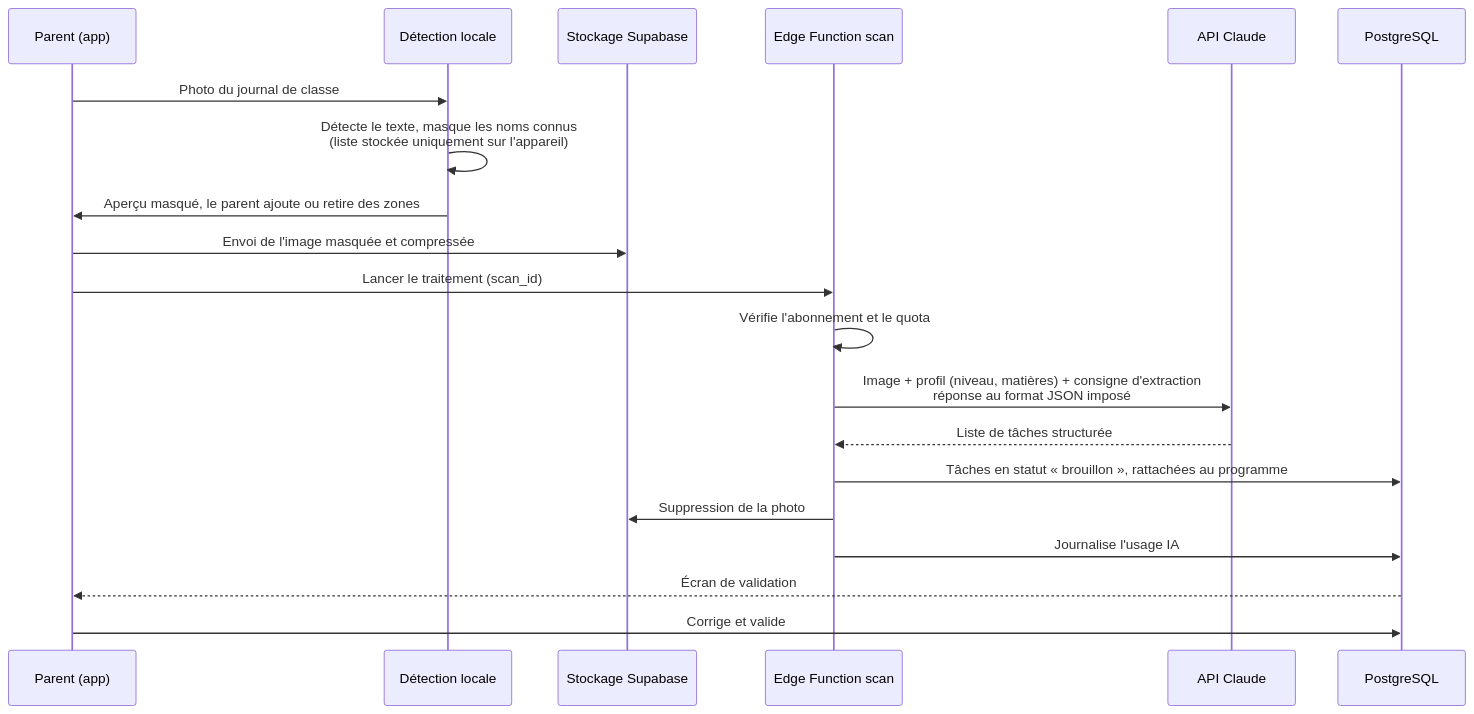
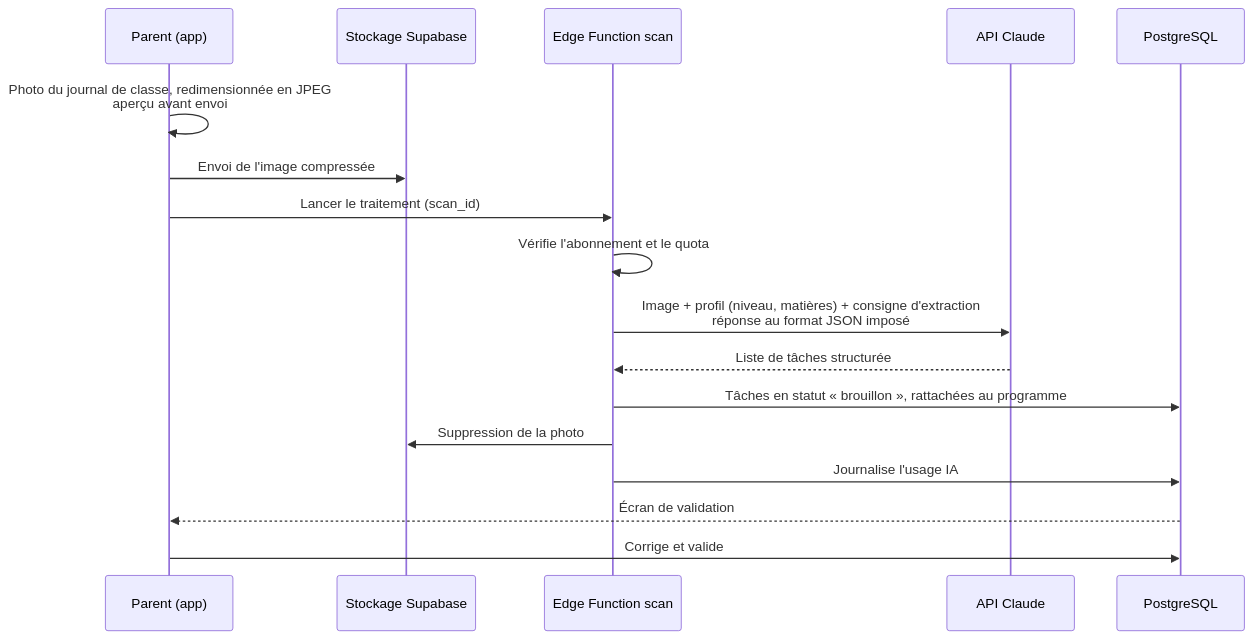
Before and after one commit to ClaudioD84/C-te-C-te: the third of 3 diagrams in docs/architecture.md, drawn with Mermaid. The commit also changed other lines of this file and 35 other files, not shown here.

````diff
--- a/docs/architecture.md
+++ b/docs/architecture.md
@@ -135,23 +134,20 @@
 ```mermaid
 sequenceDiagram
     participant P as Parent (app)
-    participant L as Détection locale
     participant S as Stockage Supabase
     participant F as Edge Function scan
     participant C as API Claude
     participant DB as PostgreSQL
 
-    P->>L: Photo du journal de classe
-    L->>L: Détecte le texte, masque les noms connus<br/>(liste stockée uniquement sur l'appareil)
-    L->>P: Aperçu masqué, le parent ajoute ou retire des zones
-    P->>S: Envoi de l'image masquée et compressée
+    P->>P: Photo du journal de classe, redimensionnée en JPEG<br/>aperçu avant envoi
+    P->>S: Envoi de l'image compressée
     P->>F: Lancer le traitement (scan_id)
     F->>F: Vérifie l'abonnement et le quota
     F->>C: Image + profil (niveau, matières) + consigne d'extraction<br/>réponse au format JSON imposé
     C-->>F: Liste de tâches structurée
     F->>DB: Tâches en statut « brouillon », rattachées au programme
     F->>S: Suppression de la photo
     F->>DB: Journalise l'usage IA
     DB-->>P: Écran de validation
     P->>DB: Corrige et valide
 ```
````
